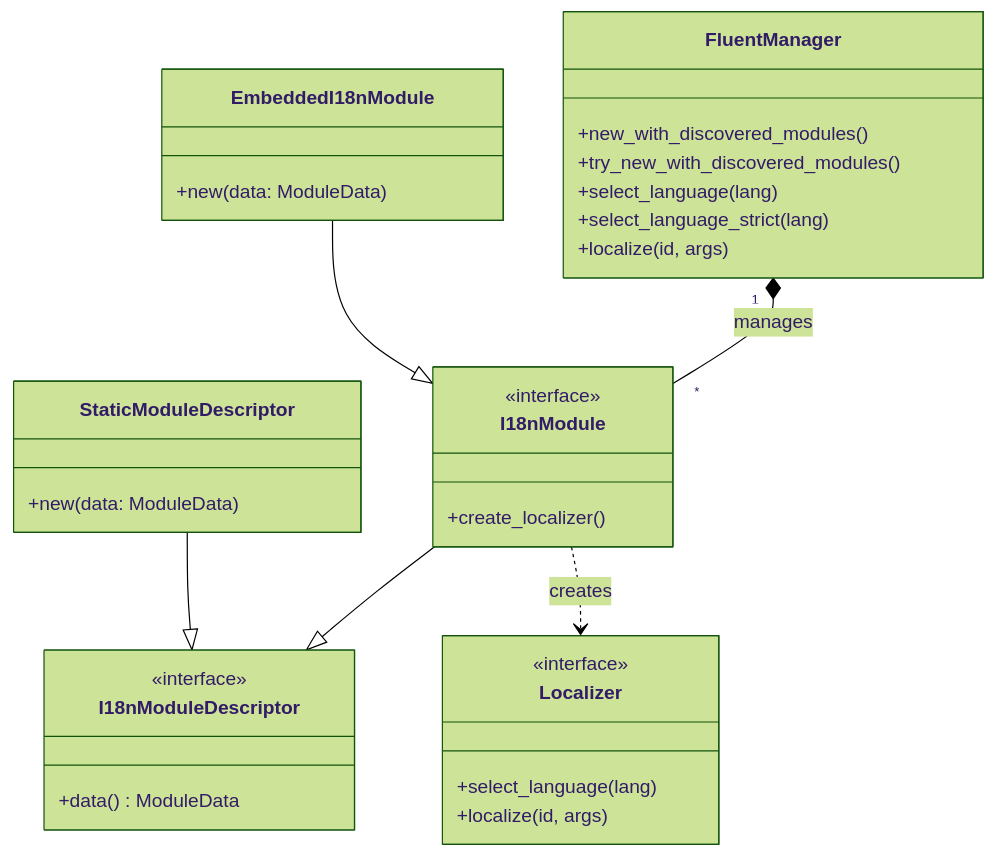
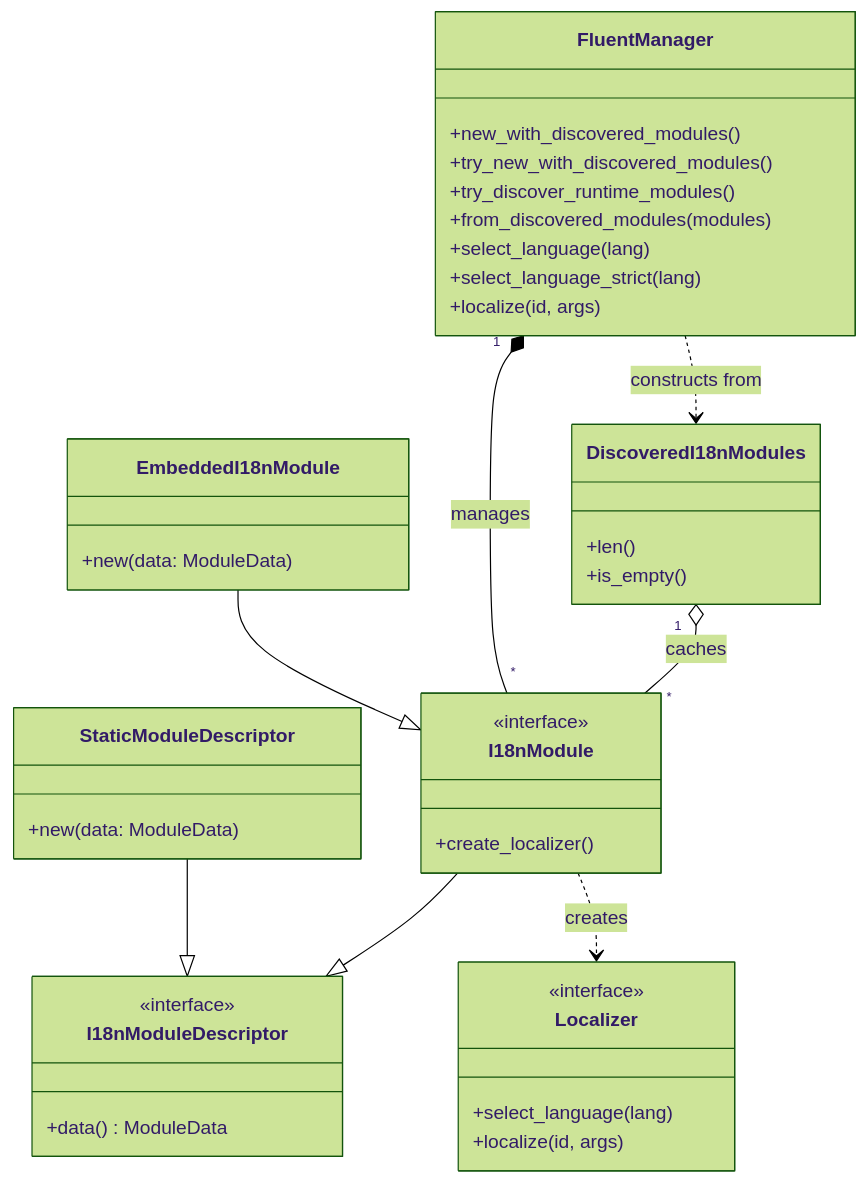
One commit to stayhydated/es-fluent changed the diagram in crates/es-fluent-manager-core/docs/ARCHITECTURE.md. Above: the diagram before and after it, drawn with Mermaid (forest theme). The commit also changed other lines of this file and 56 other files, not shown here.

````diff
--- a/crates/es-fluent-manager-core/docs/ARCHITECTURE.md
+++ b/crates/es-fluent-manager-core/docs/ARCHITECTURE.md
@@ -13,40 +13,49 @@
 ```mermaid
 classDiagram
     class FluentManager {
         +new_with_discovered_modules()
         +try_new_with_discovered_modules()
+        +try_discover_runtime_modules()
+        +from_discovered_modules(modules)
         +select_language(lang)
         +select_language_strict(lang)
         +localize(id, args)
+    }
+
+    class DiscoveredI18nModules {
+        +len()
+        +is_empty()
     }
 
     class I18nModuleDescriptor {
         <<interface>>
         +data() ModuleData
     }
 
     class I18nModule {
         <<interface>>
         +create_localizer()
     }
 
     class Localizer {
         <<interface>>
         +select_language(lang)
         +localize(id, args)
     }
 
     class StaticModuleDescriptor {
         +new(data: ModuleData)
     }
 
     class EmbeddedI18nModule {
         +new(data: ModuleData)
     }
 
     I18nModule --|> I18nModuleDescriptor
+    DiscoveredI18nModules "1" o-- "*" I18nModule : caches
     FluentManager "1" *-- "*" I18nModule : manages
+    FluentManager ..> DiscoveredI18nModules : constructs from
     I18nModule ..> Localizer : creates
     StaticModuleDescriptor --|> I18nModuleDescriptor
     EmbeddedI18nModule --|> I18nModule
 ```
````
